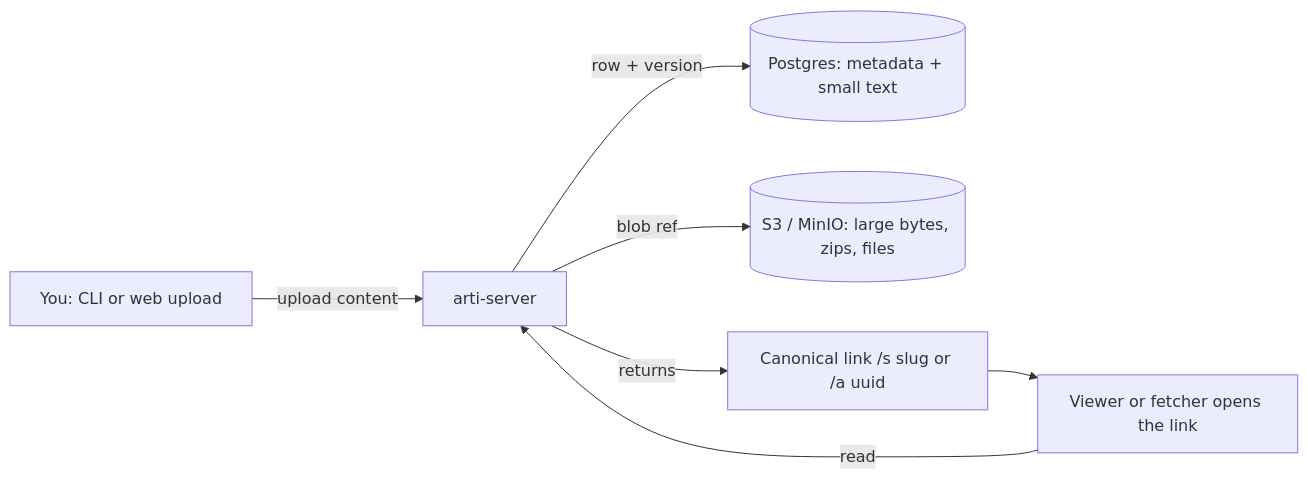
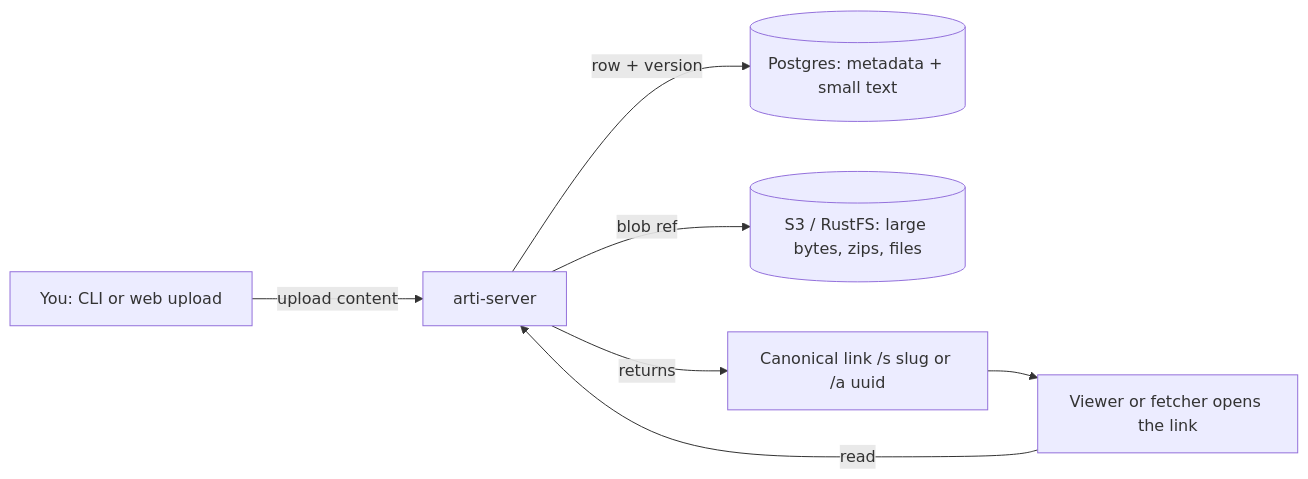
Before and after one commit to angellist/arti-oss: the diagram in web/docs/overview/quickstart.mmd, drawn with Mermaid. The commit also changed 117 other files, not shown here.

```diff
--- a/web/docs/overview/quickstart.mmd
+++ b/web/docs/overview/quickstart.mmd
@@ -1,14 +1,14 @@
 flowchart LR
     user[You: CLI or web upload]
     server[arti-server]
     pg[(Postgres: metadata + small text)]
-    s3[(S3 / MinIO: large bytes, zips, files)]
+    s3[(S3 / RustFS: large bytes, zips, files)]
     link[Canonical link /s slug or /a uuid]
     viewer[Viewer or fetcher opens the link]
 
     user -->|upload content| server
     server -->|row + version| pg
     server -->|blob ref| s3
     server -->|returns| link
     link --> viewer
     viewer -->|read| server
```
